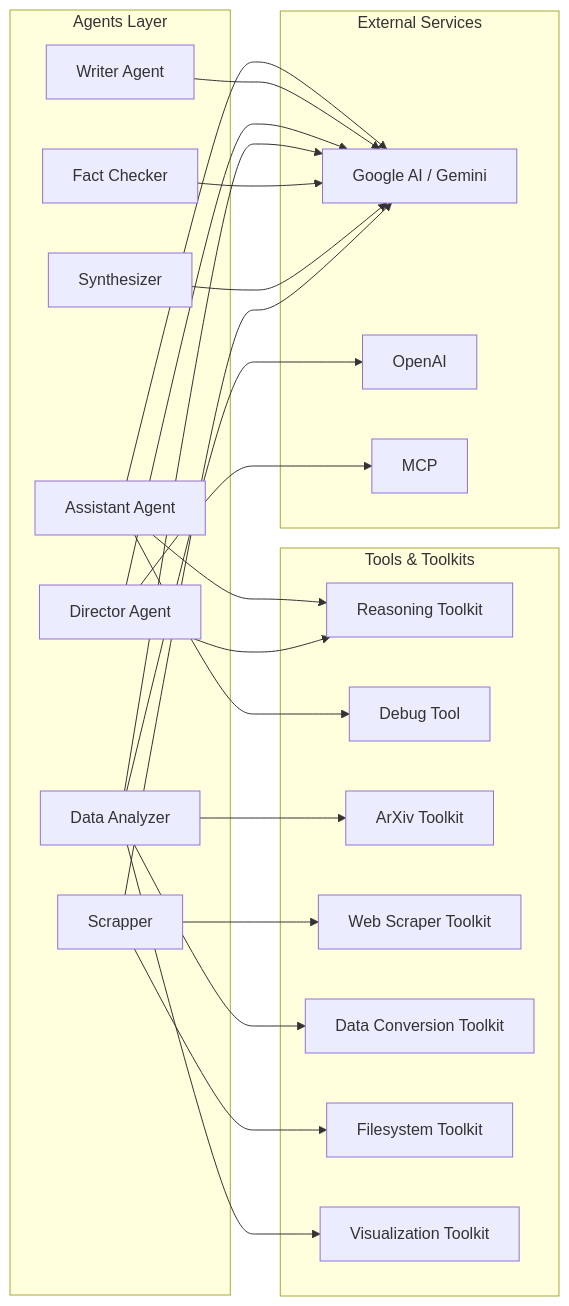
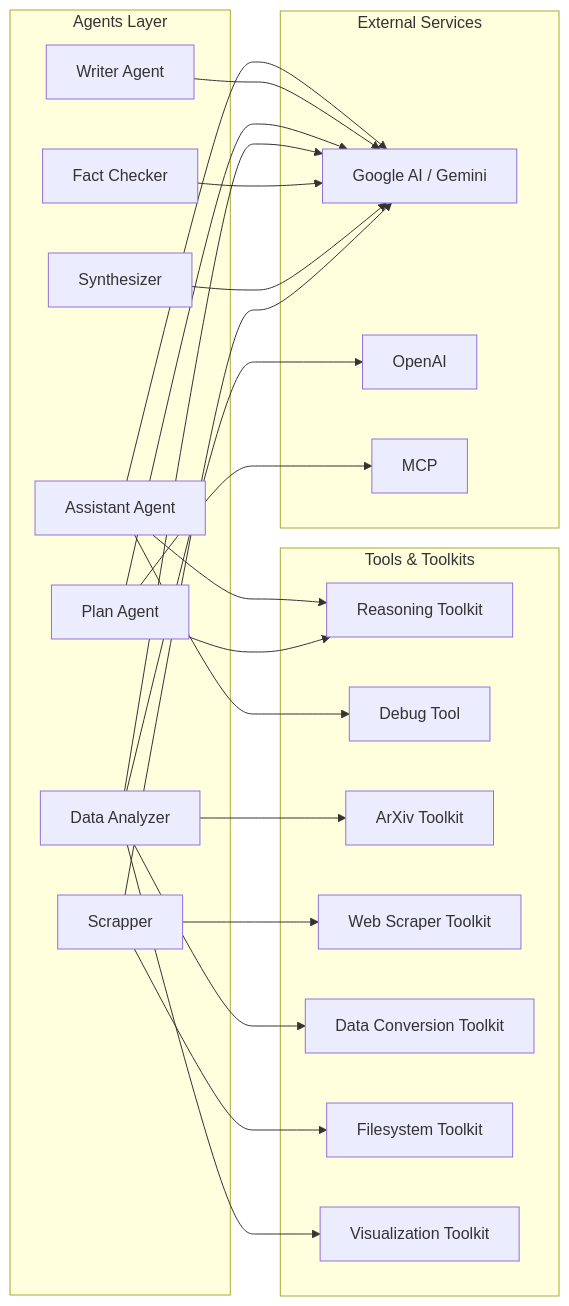
Before and after one commit to ssdeanx/Mastervolt-Deep-Research: the second of 2 diagrams in README.md, drawn with Mermaid. The commit also changed other lines of this file and 33 other files, not shown here.

````diff
--- a/README.md
+++ b/README.md
@@ -95,49 +96,49 @@
 ```mermaid
 %%{init: {'theme': 'dark', 'themeVariables': { 'background': 'transparent', 'primaryColor': '#8B5CF6', 'lineColor': '#3B82F6', 'primaryTextColor': '#ffffff', 'nodeBkg': '#0b0b0d', 'clusterBkg': 'transparent', 'edgeLabelBackground': 'transparent', 'sectionBkgColor': 'transparent', 'altSectionBkgColor': 'transparent', 'textColor': '#ffffff', 'fontFamily':'"Inter", Arial, sans-serif', 'stroke': '#3B82F6' }}}%%
 graph LR
     subgraph "Agents Layer"
         A1[Assistant Agent]
         A2[Writer Agent]
-        A3[Director Agent]
+        A3[Plan Agent]
         A4[Data Analyzer]
         A5[Fact Checker]
         A6[Synthesizer]
         A7[Scrapper]
     end
-    
+
     subgraph "Tools & Toolkits"
         T1[Reasoning Toolkit]
         T2[Debug Tool]
         T3[ArXiv Toolkit]
         T4[Web Scraper Toolkit]
         T5[Data Conversion Toolkit]
         T6[Filesystem Toolkit]
         T7[Visualization Toolkit]
     end
-    
+
     subgraph "External Services"
         E1[Google AI / Gemini]
         E2[OpenAI]
         E3[MCP]
     end
-    
+
     A1 --> T1
     A1 --> T2
     A3 --> T1
     A4 --> T3
     A4 --> T5
     A4 --> T7
     A7 --> T4
     A7 --> T6
-    
+
     A1 --> E1
     A2 --> E1
     A3 --> E1
     A4 --> E1
     A5 --> E1
     A6 --> E1
     A7 --> E1
-    
+
     A4 --> E2
     A3 --> E3
 ```
````
